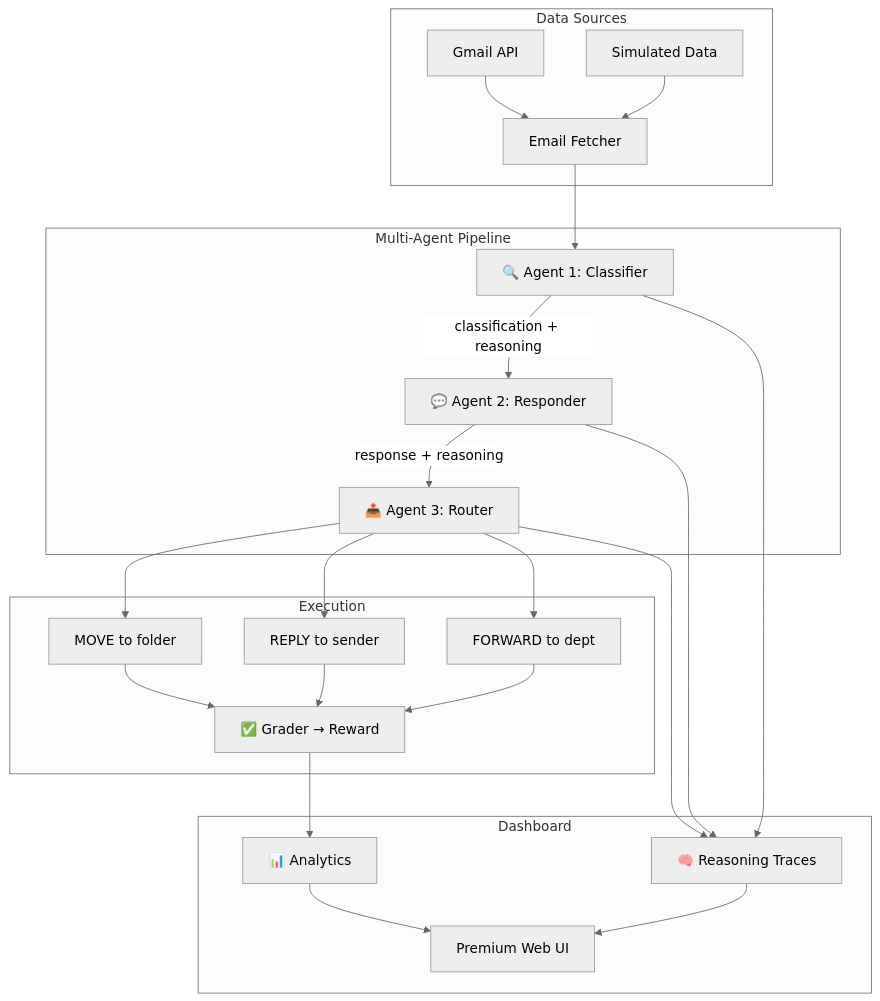
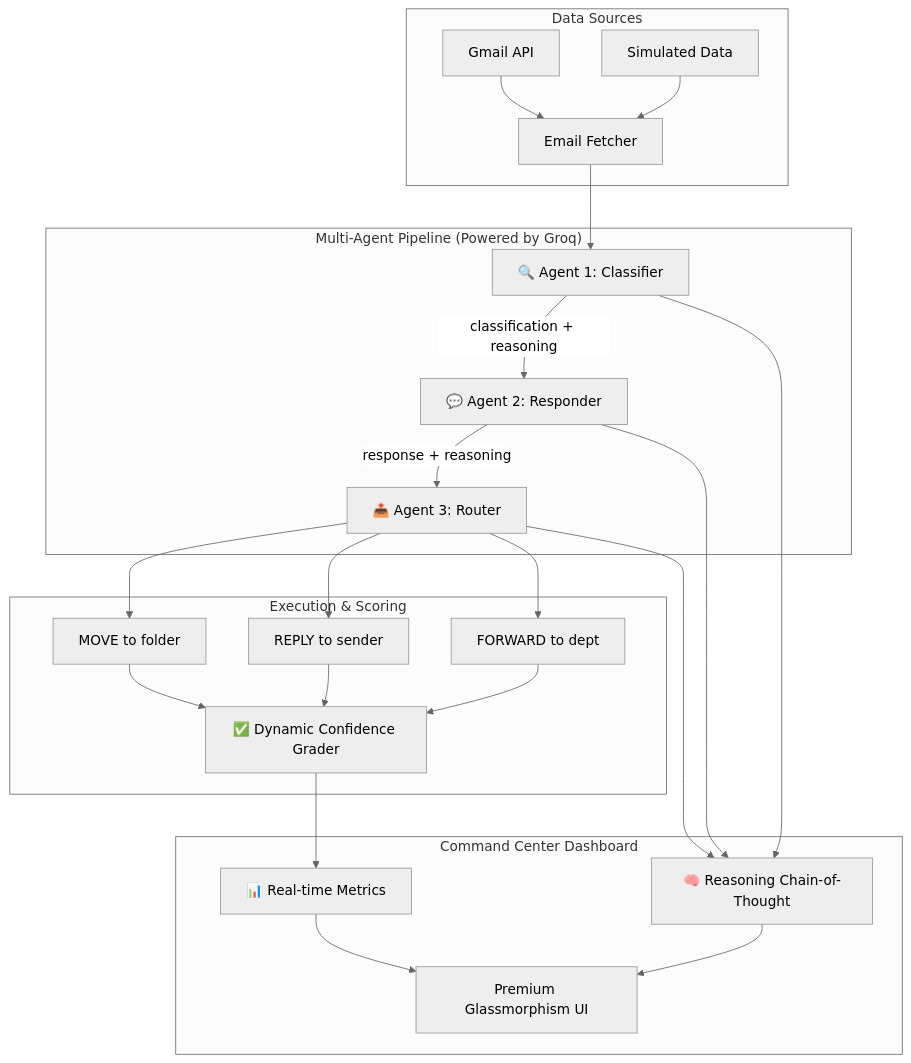
Before and after one commit to ayus1234/ai-email-triage-agent-openenv: the diagram in README.md, drawn with Mermaid (neutral theme). The commit also changed other lines of this file, not shown here.

Commit message:
docs: update README with premium features, Groq integration, and deployment guide

````diff
--- a/README.md
+++ b/README.md
@@ -37,26 +38,26 @@
 ```mermaid
 graph TD
     subgraph "Data Sources"
         G["Gmail API"] --> F["Email Fetcher"]
         S["Simulated Data"] --> F
     end
     
-    subgraph "Multi-Agent Pipeline"
+    subgraph "Multi-Agent Pipeline (Powered by Groq)"
         F --> A1["🔍 Agent 1: Classifier"]
         A1 -->|"classification + reasoning"| A2["💬 Agent 2: Responder"]
         A2 -->|"response + reasoning"| A3["📤 Agent 3: Router"]
     end
     
-    subgraph "Execution"
+    subgraph "Execution & Scoring"
         A3 --> E1["MOVE to folder"]
         A3 --> E2["REPLY to sender"]
         A3 --> E3["FORWARD to dept"]
-        E1 & E2 & E3 --> GR["✅ Grader → Reward"]
+        E1 & E2 & E3 --> GR["✅ Dynamic Confidence Grader"]
     end
     
-    subgraph "Dashboard"
-        GR --> D1["📊 Analytics"]
-        A1 & A2 & A3 --> D2["🧠 Reasoning Traces"]
-        D1 & D2 --> UI["Premium Web UI"]
+    subgraph "Command Center Dashboard"
+        GR --> D1["📊 Real-time Metrics"]
+        A1 & A2 & A3 --> D2["🧠 Reasoning Chain-of-Thought"]
+        D1 & D2 --> UI["Premium Glassmorphism UI"]
     end
 ```
````
